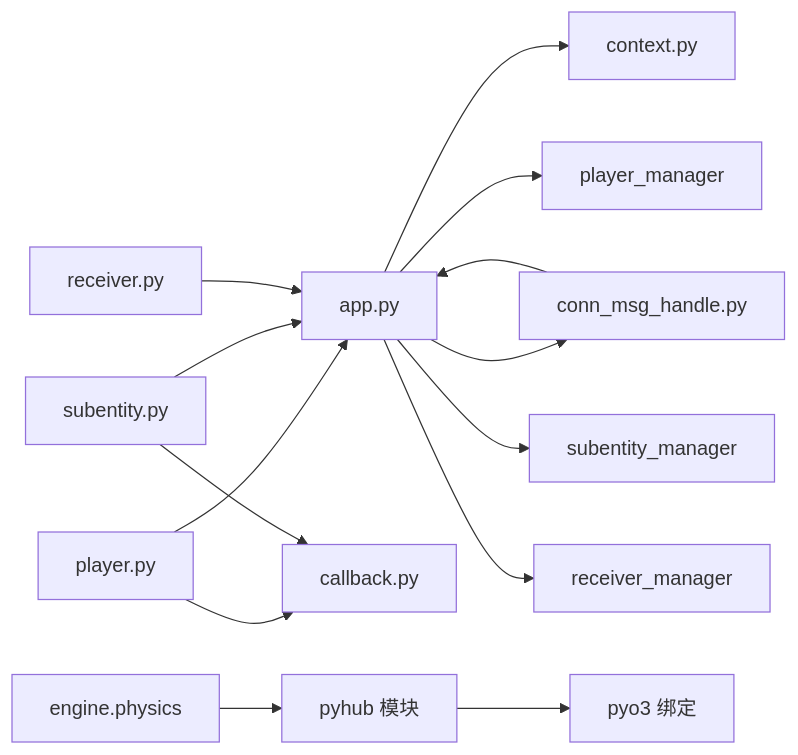
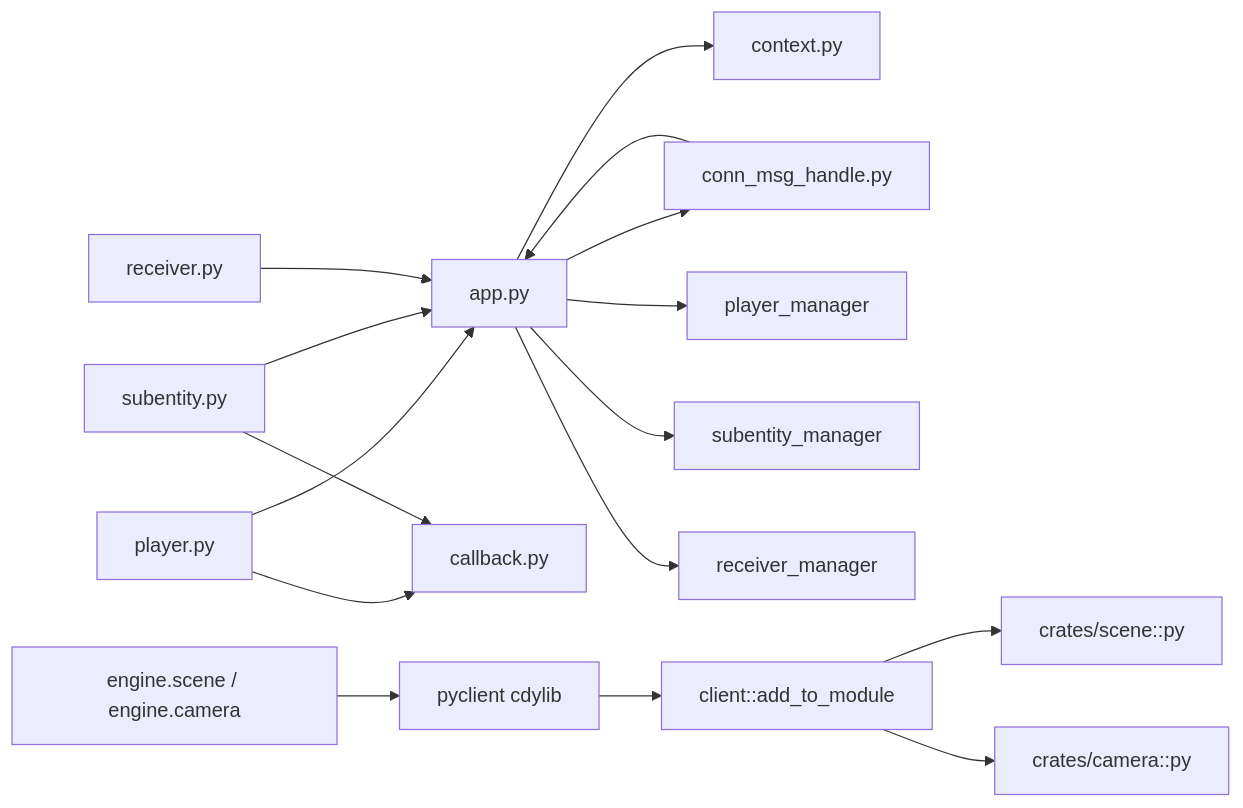
Before and after one commit to qianqians/geese: the seventh of 9 diagrams in .qoder/repowiki/zh/content/客户端 SDK/Python 客户端.md, drawn with Mermaid. The commit also changed other lines of this file and 15 other files, not shown here.

````diff
--- a/.qoder/repowiki/zh/content/客户端 SDK/Python 客户端.md
+++ b/.qoder/repowiki/zh/content/客户端 SDK/Python 客户端.md
@@ -426,16 +422,18 @@
 ```mermaid
 graph LR
 APP["app.py"] --> CTX["context.py"]
 APP --> CMH["conn_msg_handle.py"]
 APP --> PLRM["player_manager"]
 APP --> SUBM["subentity_manager"]
 APP --> RCRM["receiver_manager"]
 CMH --> APP
 PLR["player.py"] --> APP
 SUB["subentity.py"] --> APP
 RCV["receiver.py"] --> APP
 PLR --> CBK["callback.py"]
 SUB --> CBK
-PHYS["engine.physics"] --> PYHUB["pyhub 模块"]
-PYHUB --> PYMOD["pyo3 绑定"]
+SCN["engine.scene / engine.camera"] --> PYCLIENT["pyclient cdylib"]
+PYCLIENT --> ADD["client::add_to_module"]
+ADD --> SCENECRATE["crates/scene::py"]
+ADD --> CAMCRATE["crates/camera::py"]
 ```
````
